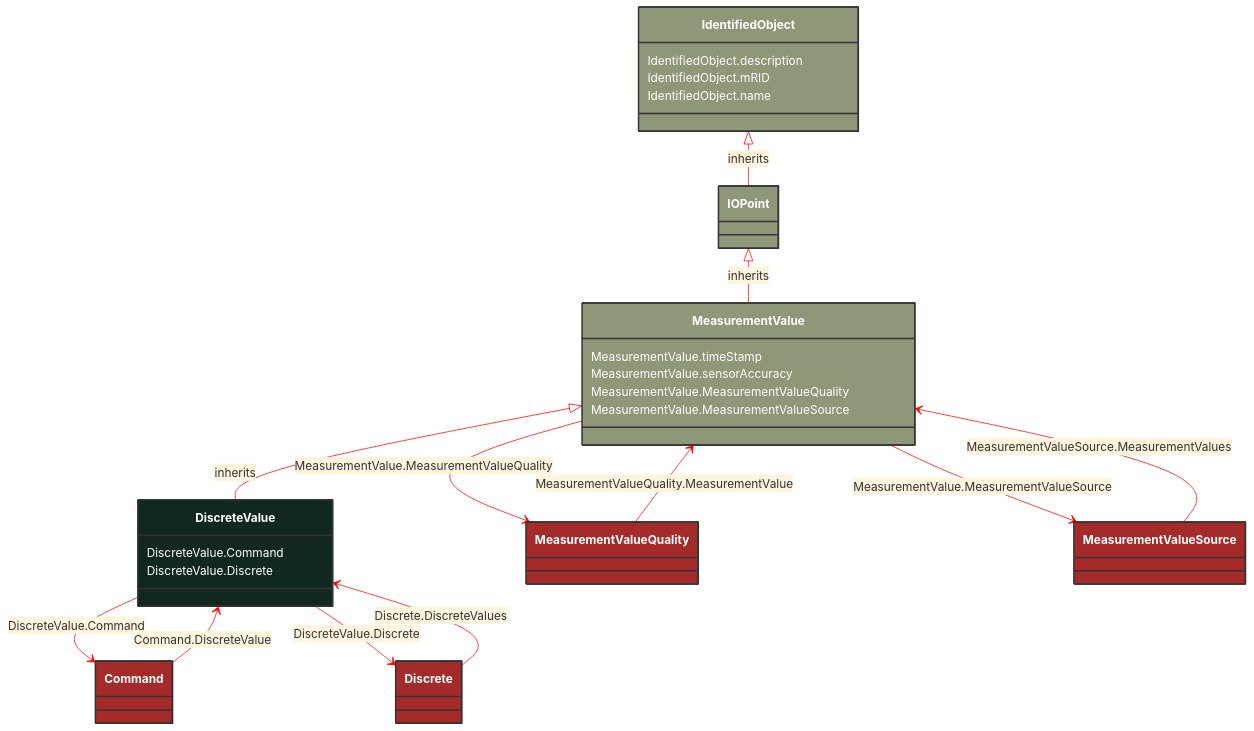
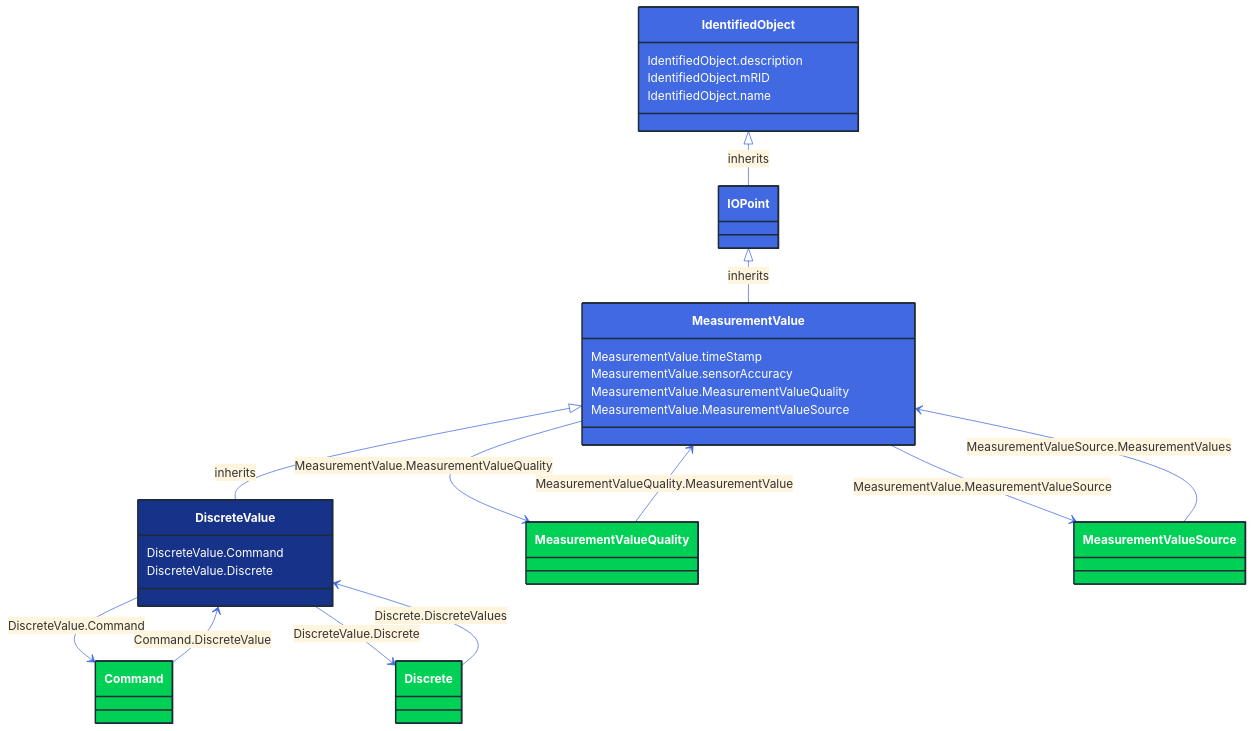
Before and after one commit to 3lbits/NoCIMExtensions: the diagram in docs/Models/Profiles/Operation/ConcreteClasses/DiscreteValue.md, drawn with Mermaid. The commit also changed 362 other files, not shown here.

First line of the commit message:
Update diagrams and styles for improved visual consistency

````diff
--- a/docs/Models/Profiles/Operation/ConcreteClasses/DiscreteValue.md
+++ b/docs/Models/Profiles/Operation/ConcreteClasses/DiscreteValue.md
@@ -8,75 +8,75 @@
 ```mermaid
-%%{init: {'theme':'base','themeVariables': {'lineColor': '#FF0000'}}}%%
+%%{init: {'theme':'base','themeVariables': {'lineColor': '#4169E1'}}}%%
 classDiagram
     class DiscreteValue
     click DiscreteValue href "/Models/Profiles/Operation/ConcreteClasses/DiscreteValue/"
-    style DiscreteValue fill:#102820,stroke:#333,stroke-width:2px,rx:10,ry:10,color:white
+    style DiscreteValue fill:#163289,stroke:#1F2A37,stroke-width:2px,rx:10,ry:10,color:white
      
         MeasurementValue <|-- DiscreteValue : inherits
             click MeasurementValue href "/Models/Profiles/Operation/AbstractClasses/MeasurementValue/"
-            style MeasurementValue fill:#8F9779,stroke:#333,stroke-width:2px,rx:10,ry:10,color:white
+            style MeasurementValue fill:#4169E1,stroke:#1F2A37,stroke-width:2px,rx:10,ry:10,color:white
      
         IOPoint <|-- MeasurementValue : inherits
             click IOPoint href "/Models/Profiles/Operation/AbstractClasses/IOPoint/"
-            style IOPoint fill:#8F9779,stroke:#333,stroke-width:2px,rx:10,ry:10,color:white
+            style IOPoint fill:#4169E1,stroke:#1F2A37,stroke-width:2px,rx:10,ry:10,color:white
      
         IdentifiedObject <|-- IOPoint : inherits
             click IdentifiedObject href "/Models/Profiles/Operation/AbstractClasses/IdentifiedObject/"
-            style IdentifiedObject fill:#8F9779,stroke:#333,stroke-width:2px,rx:10,ry:10,color:white
+            style IdentifiedObject fill:#4169E1,stroke:#1F2A37,stroke-width:2px,rx:10,ry:10,color:white
 
         DiscreteValue --> Command : DiscreteValue.Command
 
         Command
             click Command href "/Models/Profiles/Operation/ConcreteClasses/Command/"
-            style Command fill:#A52A2A,stroke:#333,stroke-width:2px,rx:10,ry:10,color:white
+            style Command fill:#00D156,stroke:#1F2A37,stroke-width:2px,rx:10,ry:10,color:white
         DiscreteValue --> Discrete : DiscreteValue.Discrete
 
         Discrete
             click Discrete href "/Models/Profiles/Operation/ConcreteClasses/Discrete/"
-            style Discrete fill:#A52A2A,stroke:#333,stroke-width:2px,rx:10,ry:10,color:white
+            style Discrete fill:#00D156,stroke:#1F2A37,stroke-width:2px,rx:10,ry:10,color:white
         MeasurementValue --> MeasurementValueQuality : MeasurementValue.MeasurementValueQuality
 
         MeasurementValueQuality
             click MeasurementValueQuality href "/Models/Profiles/Operation/ConcreteClasses/MeasurementValueQuality/"
-            style MeasurementValueQuality fill:#A52A2A,stroke:#333,stroke-width:2px,rx:10,ry:10,color:white
+            style MeasurementValueQuality fill:#00D156,stroke:#1F2A37,stroke-width:2px,rx:10,ry:10,color:white
         MeasurementValue --> MeasurementValueSource : MeasurementValue.MeasurementValueSource
 
         MeasurementValueSource
             click MeasurementValueSource href "/Models/Profiles/Operation/ConcreteClasses/MeasurementValueSource/"
-            style MeasurementValueSource fill:#A52A2A,stroke:#333,stroke-width:2px,rx:10,ry:10,color:white
+            style MeasurementValueSource fill:#00D156,stroke:#1F2A37,stroke-width:2px,rx:10,ry:10,color:white
 
         Command --> DiscreteValue : Command.DiscreteValue
 
         Command
             click Command href "/Models/Profiles/Operation/ConcreteClasses/Command/"
-            style Command fill:#A52A2A,stroke:#333,stroke-width:2px,rx:10,ry:10,color:white
+            style Command fill:#00D156,stroke:#1F2A37,stroke-width:2px,rx:10,ry:10,color:white
 
         Discrete --> DiscreteValue : Discrete.DiscreteValues
 
         Discrete
             click Discrete href "/Models/Profiles/Operation/ConcreteClasses/Discrete/"
-            style Discrete fill:#A52A2A,stroke:#333,stroke-width:2px,rx:10,ry:10,color:white
+            style Discrete fill:#00D156,stroke:#1F2A37,stroke-width:2px,rx:10,ry:10,color:white
 
         MeasurementValueQuality --> MeasurementValue : MeasurementValueQuality.MeasurementValue
 
         MeasurementValueQuality
             click MeasurementValueQuality href "/Models/Profiles/Operation/ConcreteClasses/MeasurementValueQuality/"
-            style MeasurementValueQuality fill:#A52A2A,stroke:#333,stroke-width:2px,rx:10,ry:10,color:white
+            style MeasurementValueQuality fill:#00D156,stroke:#1F2A37,stroke-width:2px,rx:10,ry:10,color:white
 
         MeasurementValueSource --> MeasurementValue : MeasurementValueSource.MeasurementValues
 
         MeasurementValueSource
             click MeasurementValueSource href "/Models/Profiles/Operation/ConcreteClasses/MeasurementValueSource/"
-            style MeasurementValueSource fill:#A52A2A,stroke:#333,stroke-width:2px,rx:10,ry:10,color:white
+            style MeasurementValueSource fill:#00D156,stroke:#1F2A37,stroke-width:2px,rx:10,ry:10,color:white
 
 
         DiscreteValue : DiscreteValue.Command
         DiscreteValue : DiscreteValue.Discrete
         MeasurementValue : MeasurementValue.timeStamp
         MeasurementValue : MeasurementValue.sensorAccuracy
         MeasurementValue : MeasurementValue.MeasurementValueQuality
         MeasurementValue : MeasurementValue.MeasurementValueSource
         IdentifiedObject : IdentifiedObject.description
         IdentifiedObject : IdentifiedObject.mRID
         IdentifiedObject : IdentifiedObject.name
 ```
````
